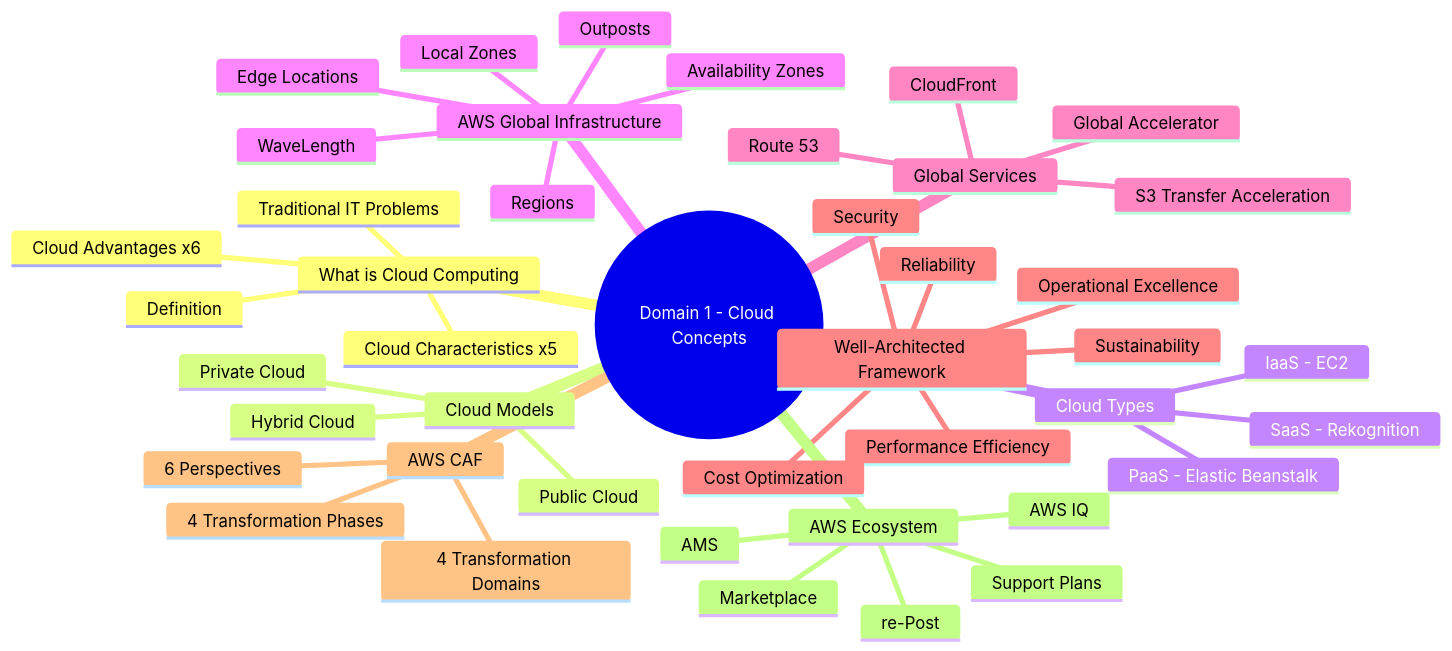
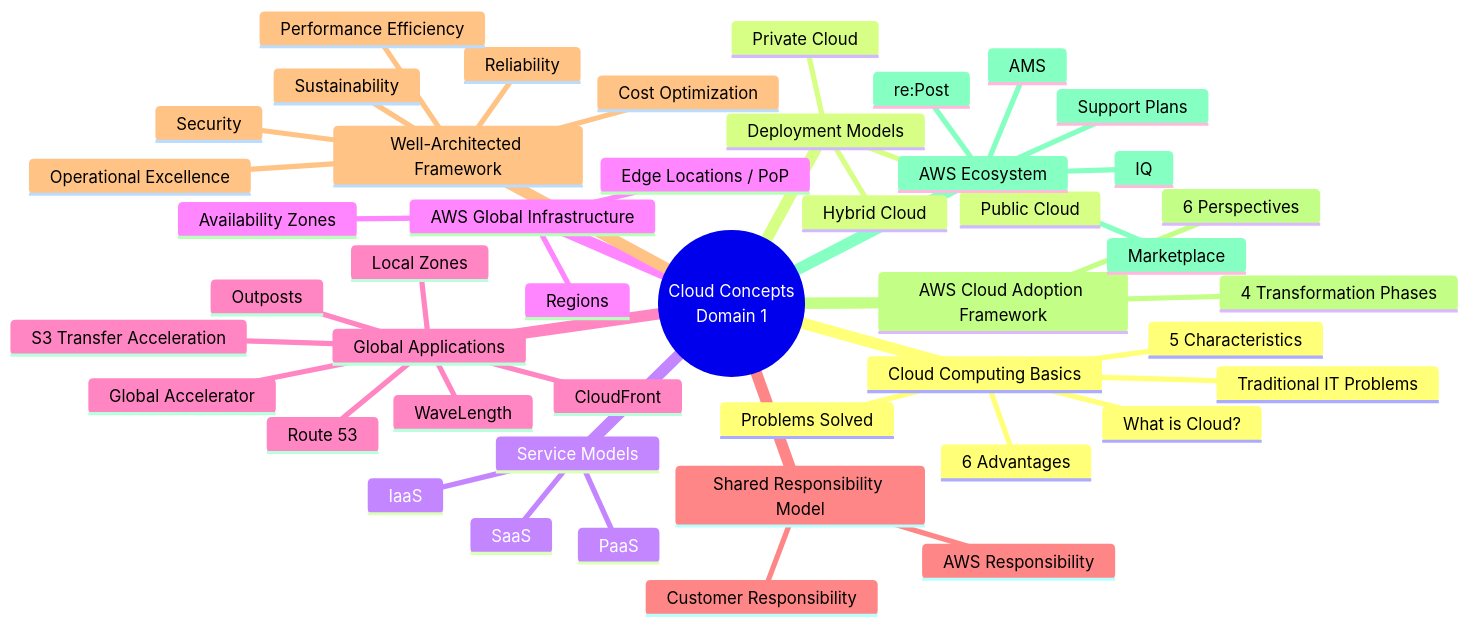
One commit to muhammad-khaled-tech/My-Study-Notes changed the first of 20 diagrams in Aws practitioner/aws_domain1_cloud_concepts.md. Above: the diagram before and after it, drawn with Mermaid. The commit also changed other lines of this file and 3 other files, not shown here.

````diff
--- a/Aws practitioner/aws_domain1_cloud_concepts.md
+++ b/Aws practitioner/aws_domain1_cloud_concepts.md
@@ -13,46 +11,49 @@
 ```mermaid
 mindmap
-  root((Domain 1 - Cloud Concepts))
-    What is Cloud Computing
-      Definition
+  root((Cloud Concepts<br/>Domain 1))
+    Cloud Computing Basics
+      What is Cloud?
       Traditional IT Problems
-      Cloud Characteristics x5
-      Cloud Advantages x6
-    Cloud Models
+      5 Characteristics
+      6 Advantages
+      Problems Solved
+    Deployment Models
+      Public Cloud
       Private Cloud
-      Public Cloud
       Hybrid Cloud
-    Cloud Types
-      IaaS - EC2
-      PaaS - Elastic Beanstalk
-      SaaS - Rekognition
+    Service Models
+      IaaS
+      PaaS
+      SaaS
     AWS Global Infrastructure
       Regions
       Availability Zones
-      Edge Locations
-      Local Zones
-      WaveLength
-      Outposts
-    Global Services
+      Edge Locations / PoP
+    Global Applications
       Route 53
       CloudFront
+      S3 Transfer Acceleration
       Global Accelerator
-      S3 Transfer Acceleration
+      Outposts
+      WaveLength
+      Local Zones
+    Shared Responsibility Model
+      AWS Responsibility
+      Customer Responsibility
     Well-Architected Framework
       Operational Excellence
       Security
       Reliability
       Performance Efficiency
       Cost Optimization
       Sustainability
-    AWS CAF
+    AWS Cloud Adoption Framework
       6 Perspectives
-      4 Transformation Domains
       4 Transformation Phases
     AWS Ecosystem
       Support Plans
       Marketplace
-      AWS IQ
-      re-Post
+      re:Post
+      IQ
       AMS
 ```
````
